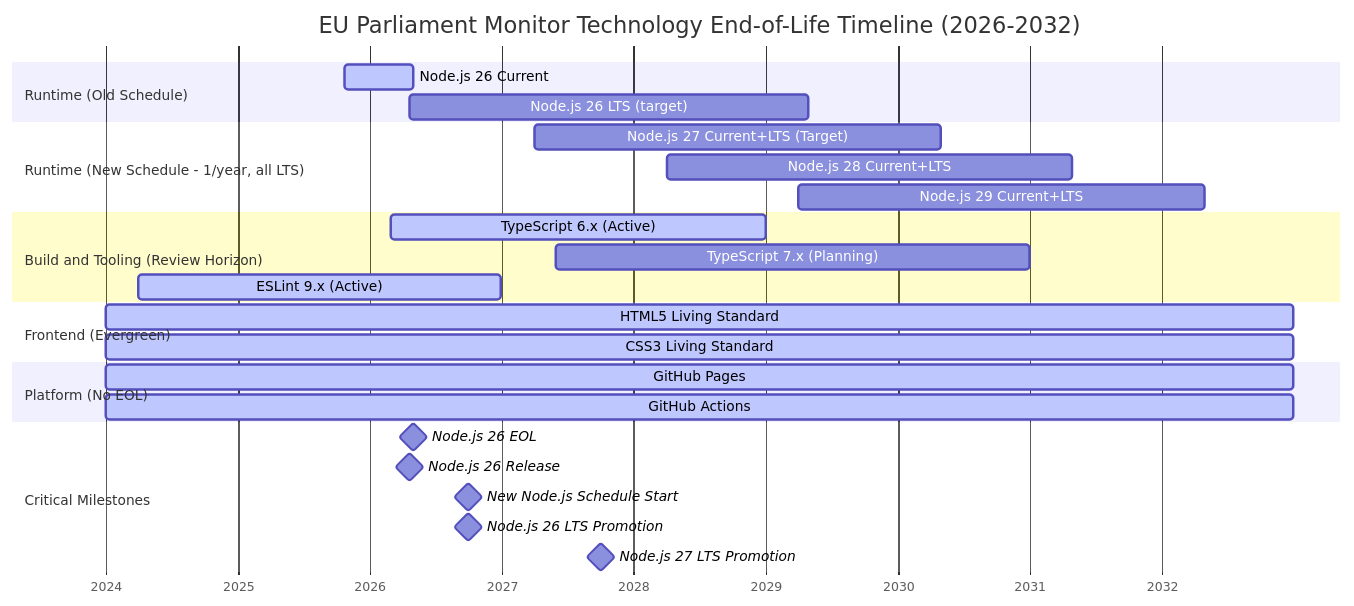
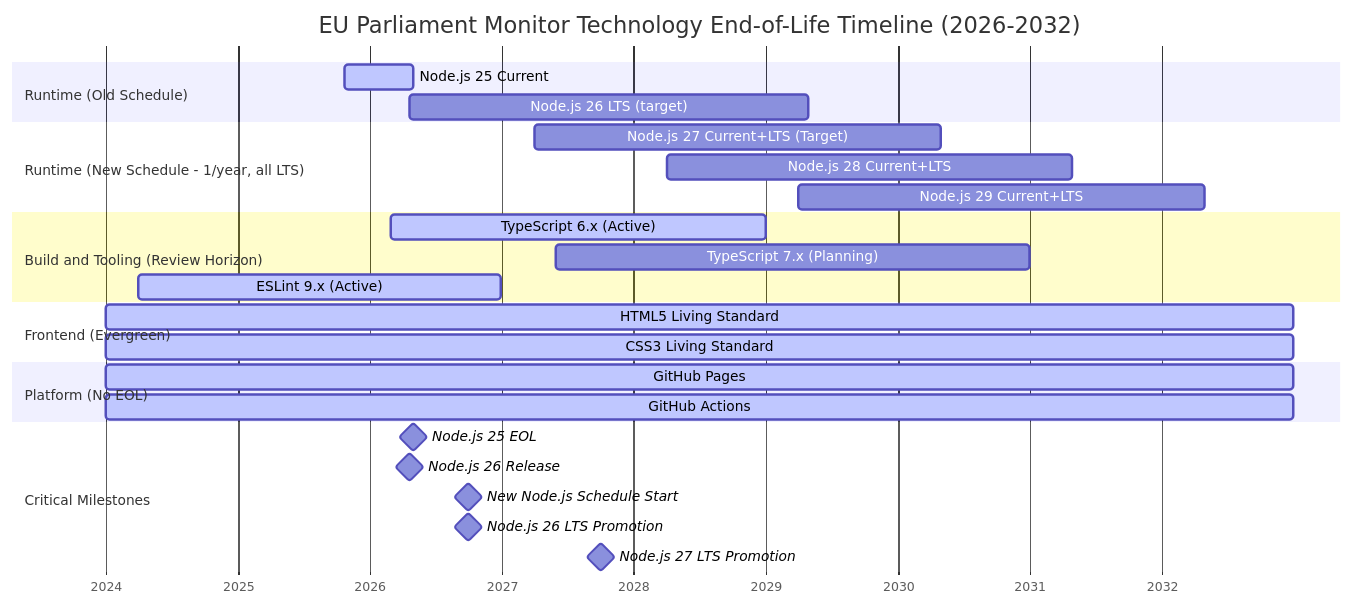
The fifth of 6 diagrams in docs/api/media/End-of-Life-Strategy.md (Hack23/euparliamentmonitor), drawn with Mermaid before and after one commit. The commit also changed other lines of this file and 1403 other files, not shown here.

````diff
--- a/docs/api/media/End-of-Life-Strategy.md
+++ b/docs/api/media/End-of-Life-Strategy.md
@@ -406,35 +408,35 @@
 ```mermaid
 gantt
     title EU Parliament Monitor Technology End-of-Life Timeline (2026-2032)
     dateFormat YYYY-MM-DD
     axisFormat %Y
 
     section Runtime (Old Schedule)
-    Node.js 26 Current          :active, node25, 2025-10-22, 2026-04-30
+    Node.js 25 Current          :active, node25, 2025-10-22, 2026-04-30
     Node.js 26 LTS (target)     :node26, 2026-04-22, 2029-04-30
 
     section Runtime (New Schedule - 1/year, all LTS)
     Node.js 27 Current+LTS (Target) :node27, 2027-04-01, 2030-04-30
     Node.js 28 Current+LTS          :node28, 2028-04-01, 2031-04-30
     Node.js 29 Current+LTS          :node29, 2029-04-01, 2032-04-30
 
     section Build and Tooling (Review Horizon)
     TypeScript 6.x (Active)     :active, ts6, 2026-03-01, 2028-12-31
     TypeScript 7.x (Planning)   :ts7, 2027-06-01, 2030-12-31
     ESLint 9.x (Active)         :active, eslint9, 2024-04-01, 2026-12-31
 
     section Frontend (Evergreen)
     HTML5 Living Standard       :active, html5, 2024-01-01, 2032-12-31
     CSS3 Living Standard        :active, css3, 2024-01-01, 2032-12-31
 
     section Platform (No EOL)
     GitHub Pages                :active, ghpages, 2024-01-01, 2032-12-31
     GitHub Actions              :active, ghactions, 2024-01-01, 2032-12-31
 
     section Critical Milestones
-    Node.js 26 EOL              :milestone, node25eol, 2026-04-30, 0d
+    Node.js 25 EOL              :milestone, node25eol, 2026-04-30, 0d
     Node.js 26 Release          :milestone, node26rel, 2026-04-22, 0d
     New Node.js Schedule Start  :milestone, newschedule, 2026-10-01, 0d
     Node.js 26 LTS Promotion    :milestone, node26lts, 2026-10-01, 0d
     Node.js 27 LTS Promotion    :milestone, node27lts, 2027-10-01, 0d
 ```
````
